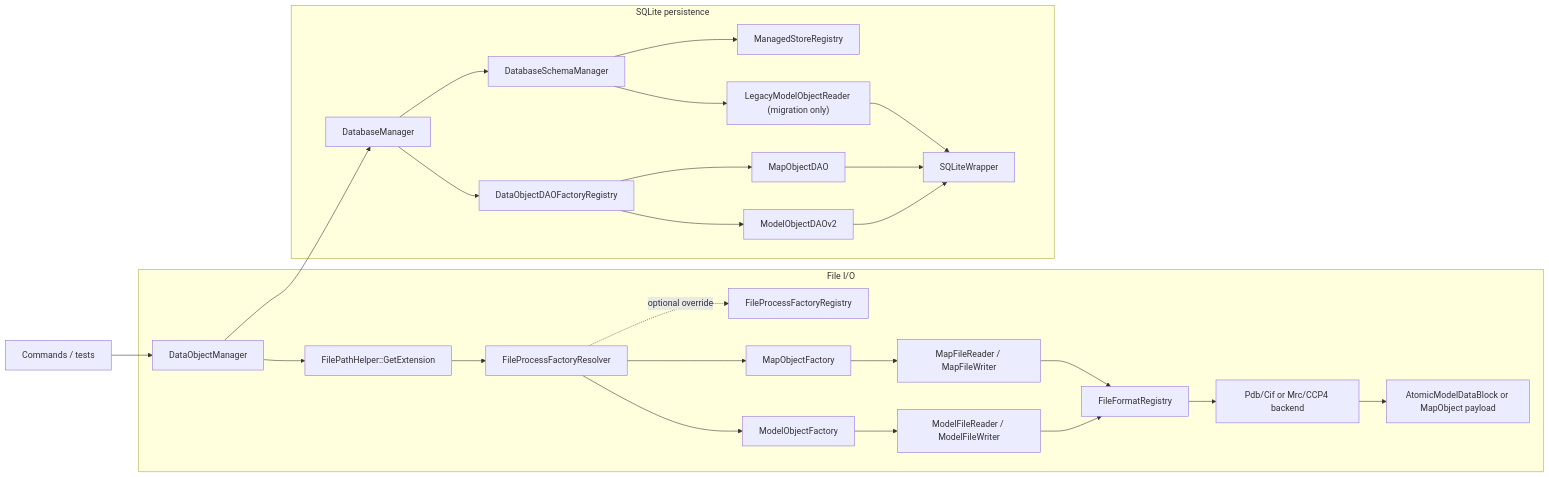
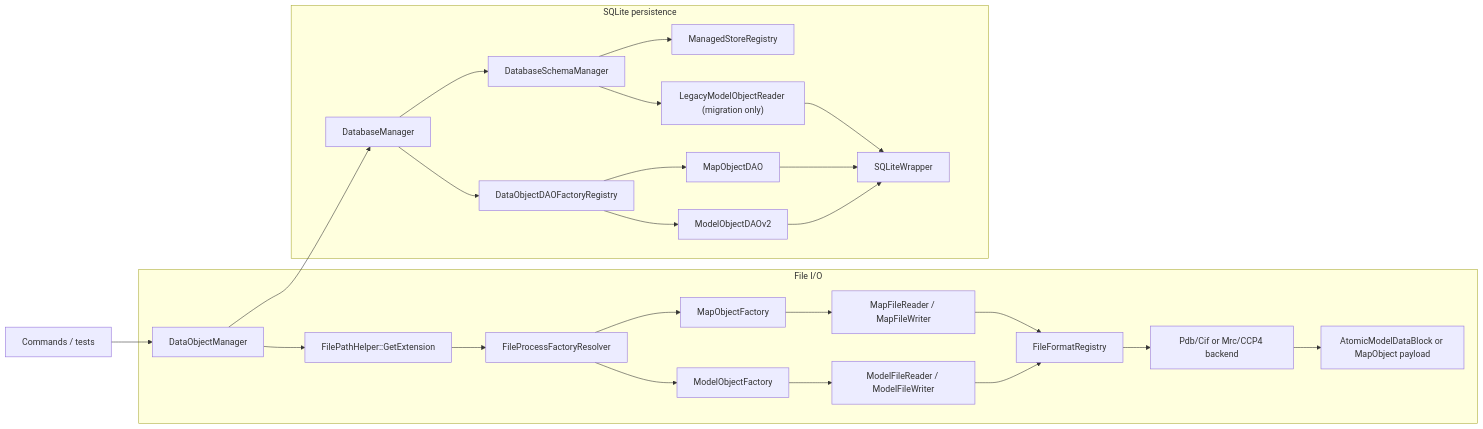
Before and after one commit to yslianTim/rhbm_gem: the diagram in docs/developer/architecture/dataobject-io-architecture.md, drawn with Mermaid. The commit also changed other lines of this file and 18 other files, not shown here.

````diff
--- a/docs/developer/architecture/dataobject-io-architecture.md
+++ b/docs/developer/architecture/dataobject-io-architecture.md
@@ -79,31 +78,30 @@
 ```mermaid
 flowchart LR
     A["Commands / tests"] --> B["DataObjectManager"]
 
     subgraph F["File I/O"]
         B --> C["FilePathHelper::GetExtension"]
         C --> D["FileProcessFactoryResolver"]
-        D -. optional override .-> D2["FileProcessFactoryRegistry"]
         D --> E["ModelObjectFactory"]
         D --> F2["MapObjectFactory"]
         E --> G["ModelFileReader / ModelFileWriter"]
         F2 --> H["MapFileReader / MapFileWriter"]
         G --> I["FileFormatRegistry"]
         H --> I
         I --> J["Pdb/Cif or Mrc/CCP4 backend"]
         J --> K["AtomicModelDataBlock or MapObject payload"]
     end
 
     subgraph P["SQLite persistence"]
         B --> L["DatabaseManager"]
         L --> M["DatabaseSchemaManager"]
         M --> M2["ManagedStoreRegistry"]
         L --> N["DataObjectDAOFactoryRegistry"]
         N --> O["ModelObjectDAOv2"]
         N --> P2["MapObjectDAO"]
         M --> Q["LegacyModelObjectReader (migration only)"]
         O --> R["SQLiteWrapper"]
         P2 --> R
         Q --> R
     end
 ```
````
